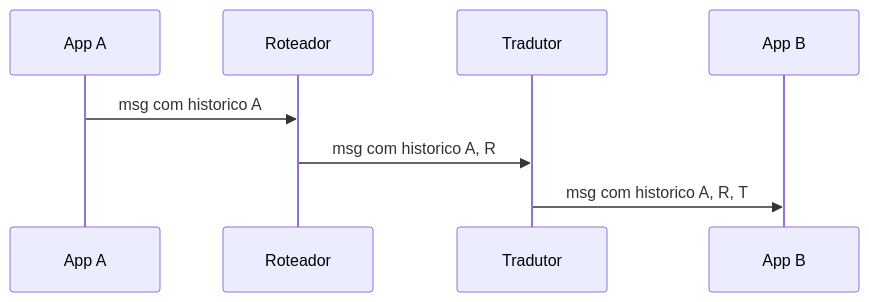
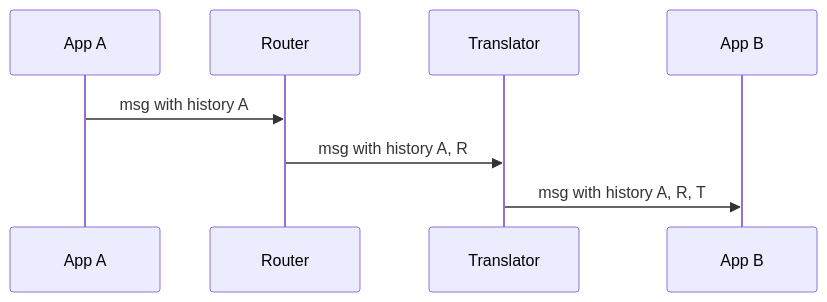
One commit to alancesar/design-patterns changed the diagram in docs/architecture/eip/system-management/message-history.md. Above: the diagram before and after it, drawn with Mermaid. The commit also changed 258 other files, not shown here.

First line of the commit message:
Translate Mermaid diagrams to English

````diff
--- a/docs/architecture/eip/system-management/message-history.md
+++ b/docs/architecture/eip/system-management/message-history.md
@@ -51,10 +51,10 @@
 ```mermaid
 sequenceDiagram
     participant A as App A
-    participant R as Roteador
-    participant T as Tradutor
+    participant R as Router
+    participant T as Translator
     participant B as App B
-    A->>R: msg com historico A
-    R->>T: msg com historico A, R
-    T->>B: msg com historico A, R, T
+    A->>R: msg with history A
+    R->>T: msg with history A, R
+    T->>B: msg with history A, R, T
 ```
````
